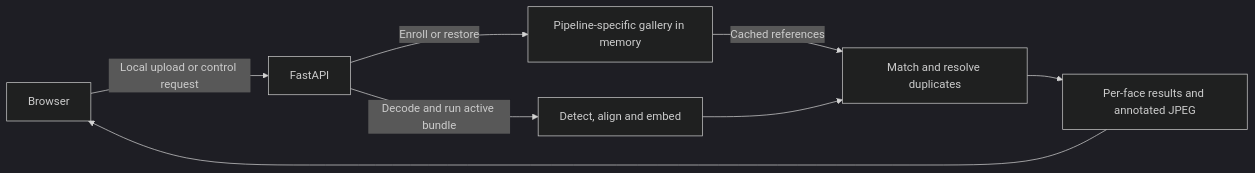
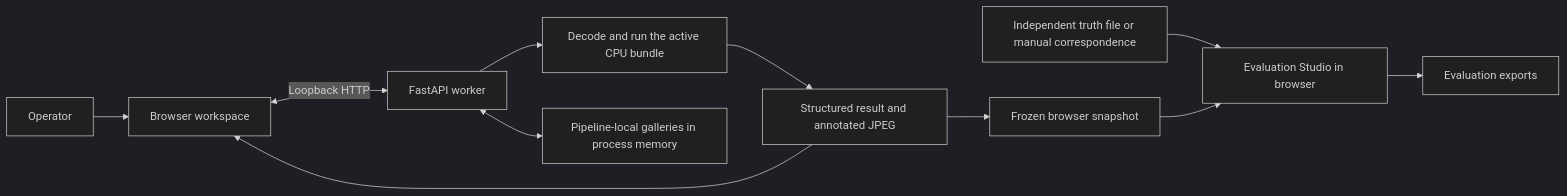
One commit to aksarwar8/FaceFind changed the first of 7 diagrams in ARCHITECTURE.md. Above: the diagram before and after it, drawn with Mermaid (dark theme). The commit also changed other lines of this file and 18 other files, not shown here.

Commit message:
docs: align FaceFind submission with Industry.AI Task A

```diff
--- a/ARCHITECTURE.md
+++ b/ARCHITECTURE.md
@@ -87,10 +20,13 @@
 ~~~mermaid
 flowchart LR
-    B[Browser] -->|Local upload or control request| A[FastAPI]
-    A -->|Enroll or restore| G[Pipeline-specific gallery in memory]
-    A -->|Decode and run active bundle| P[Detect, align and embed]
-    G -->|Cached references| M[Match and resolve duplicates]
-    P --> M
-    M --> J[Per-face results and annotated JPEG]
-    J --> B
+    O[Operator] --> B[Browser workspace]
+    B <-->|Loopback HTTP| A[FastAPI worker]
+    A --> D[Decode and run the active CPU bundle]
+    A <--> G[Pipeline-local galleries in process memory]
+    D --> R[Structured result and annotated JPEG]
+    R --> B
+    R --> F[Frozen browser snapshot]
+    T[Independent truth file or manual correspondence] --> E[Evaluation Studio in browser]
+    F --> E
+    E --> X[Evaluation exports]
 ~~~
```
